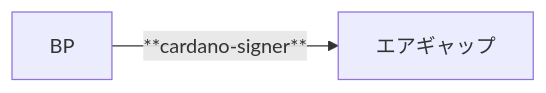
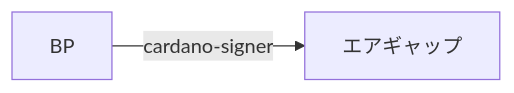
The first of 4 diagrams in docs/cardano/operation/calidus-key-generation.md (btbf/spojapanguild), drawn with Mermaid before and after one commit. The commit also changed other lines of this file and 61 other files, not shown here.

````diff
--- a/docs/cardano/operation/calidus-key-generation.md
+++ b/docs/cardano/operation/calidus-key-generation.md
@@ -42,4 +42,4 @@
     ``` mermaid
     graph LR
-        A[BP] -->|**cardano-signer**| B[エアギャップ];
+        A[BP] -->|cardano-signer| B[エアギャップ];
     ```
````
